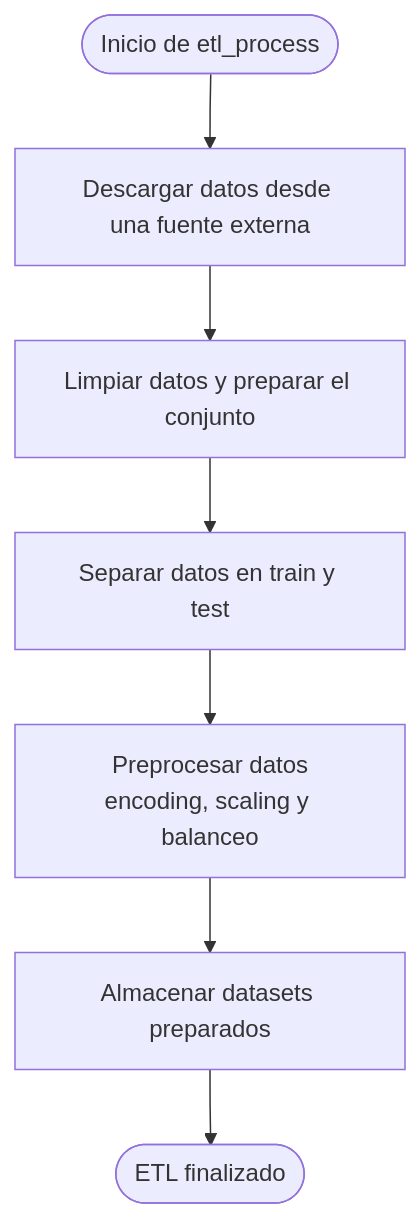
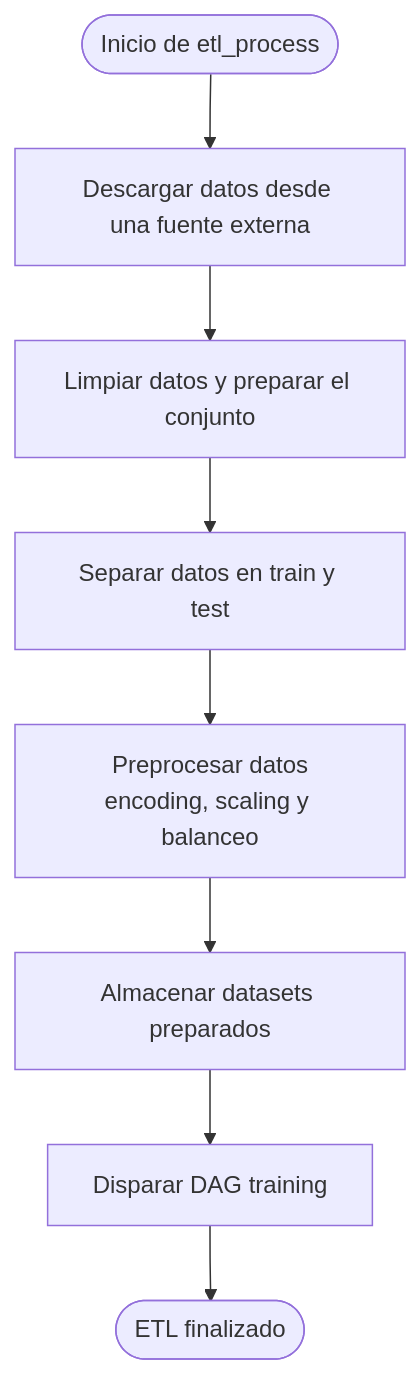
Before and after one commit to CimimUxMaio/ceia-tp-mlops: the third of 5 diagrams in DOC.md, drawn with Mermaid. The commit also changed other lines of this file and 2 other files, not shown here.

````diff
--- a/DOC.md
+++ b/DOC.md
@@ -175,17 +180,19 @@
 ```mermaid
 flowchart TD
     inicio([Inicio de etl_process])
     descarga[Descargar datos desde una fuente externa]
     limpieza[Limpiar datos y preparar el conjunto]
     split[Separar datos en train y test]
     preprocesamiento[Preprocesar datos\nencoding, scaling y balanceo]
     almacenamiento[Almacenar datasets preparados]
+    disparo[Disparar DAG training]
     fin([ETL finalizado])
 
     inicio --> descarga
     descarga --> limpieza
     limpieza --> split
     split --> preprocesamiento
     preprocesamiento --> almacenamiento
-    almacenamiento --> fin
+    almacenamiento --> disparo
+    disparo --> fin
 ```
````
